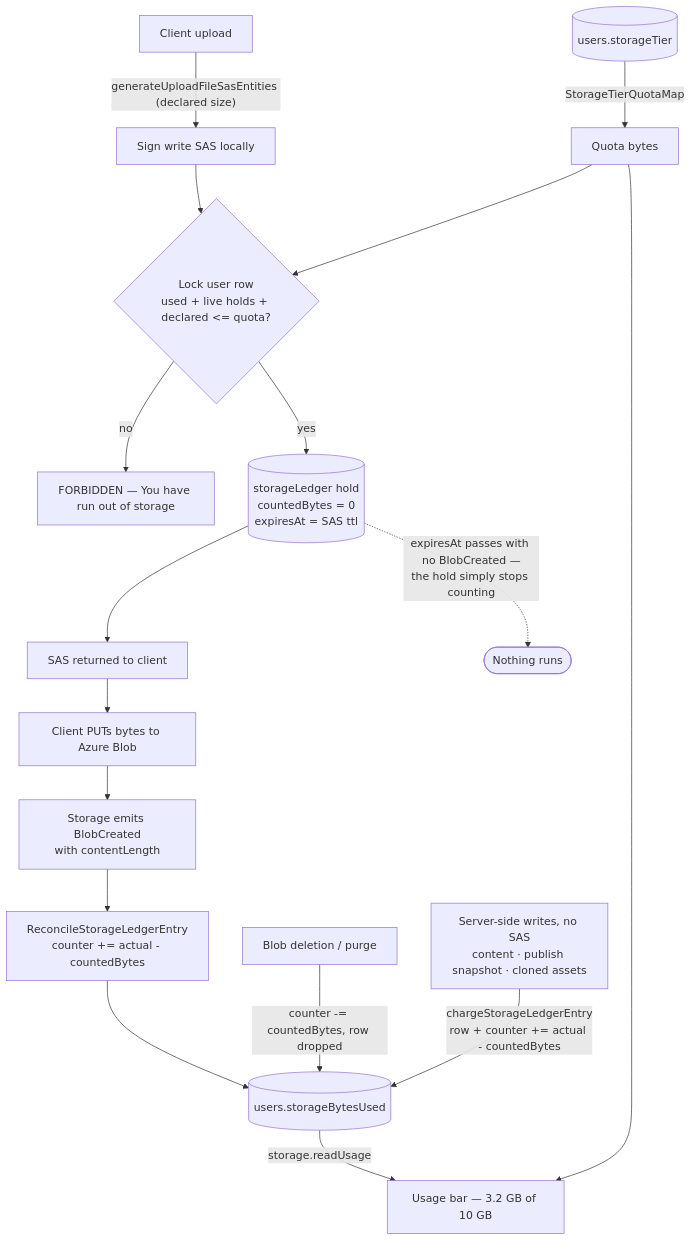
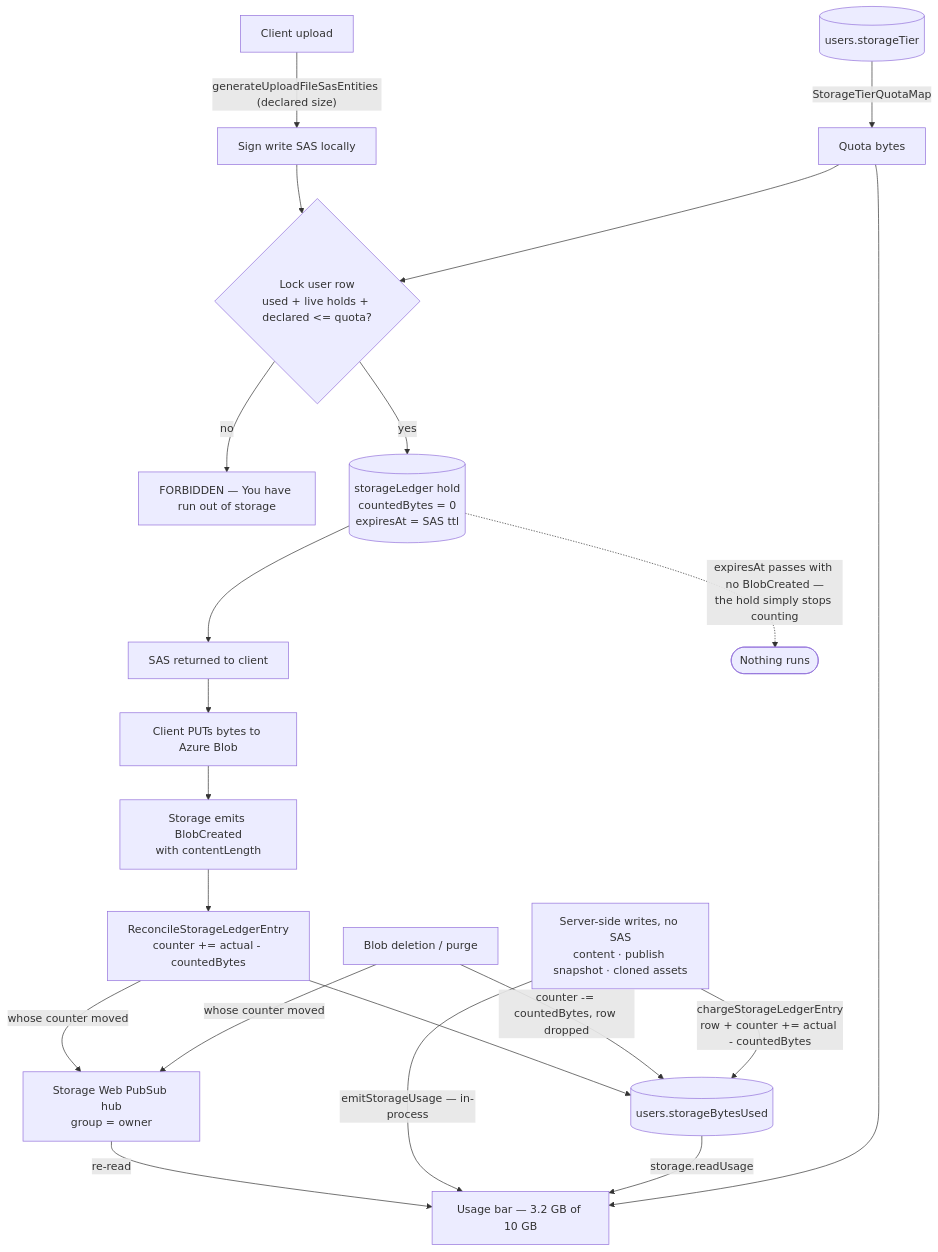
One commit to Esposter/Esposter changed the diagram in packages/app/content/docs/platform/storage-quotas.md. Above: the diagram before and after it, drawn with Mermaid. The commit also changed other lines of this file and 23 other files, not shown here.

````diff
--- a/packages/app/content/docs/platform/storage-quotas.md
+++ b/packages/app/content/docs/platform/storage-quotas.md
@@ -23,19 +23,23 @@
 ```mermaid
 flowchart TD
   client[Client upload] -->|"generateUploadFileSasEntities (declared size)"| sign[Sign write SAS locally]
   sign --> reserve{"Lock user row<br/>used + live holds + declared &lt;= quota?"}
   reserve -->|no| reject["FORBIDDEN — You have run out of storage"]
   reserve -->|yes| ledger[("storageLedger hold<br/>countedBytes = 0<br/>expiresAt = SAS ttl")]
   ledger --> respond[SAS returned to client]
   respond --> put[Client PUTs bytes to Azure Blob]
   put --> created["Storage emits BlobCreated<br/>with contentLength"]
   created --> reconcile["ReconcileStorageLedgerEntry<br/>counter += actual - countedBytes"]
   reconcile --> counter[("users.storageBytesUsed")]
   del["Blob deletion / purge"] -->|"counter -= countedBytes, row dropped"| counter
   save["Server-side writes, no SAS<br/>content · publish snapshot · cloned assets"] -->|"chargeStorageLedgerEntry<br/>row + counter += actual - countedBytes"| counter
   ledger -.->|"expiresAt passes with no BlobCreated —<br/>the hold simply stops counting"| gone(["Nothing runs"])
+  reconcile -->|"whose counter moved"| pubsub["Storage Web PubSub hub<br/>group = owner"]
+  del -->|"whose counter moved"| pubsub
+  pubsub -->|"re-read"| ui
+  save -->|"emitStorageUsage — in-process"| ui
   counter -->|storage.readUsage| ui["Usage bar — 3.2 GB of 10 GB"]
   tier[("users.storageTier")] -->|StorageTierQuotaMap| quota[Quota bytes]
   quota --> reserve
   quota --> ui
 ```
````
